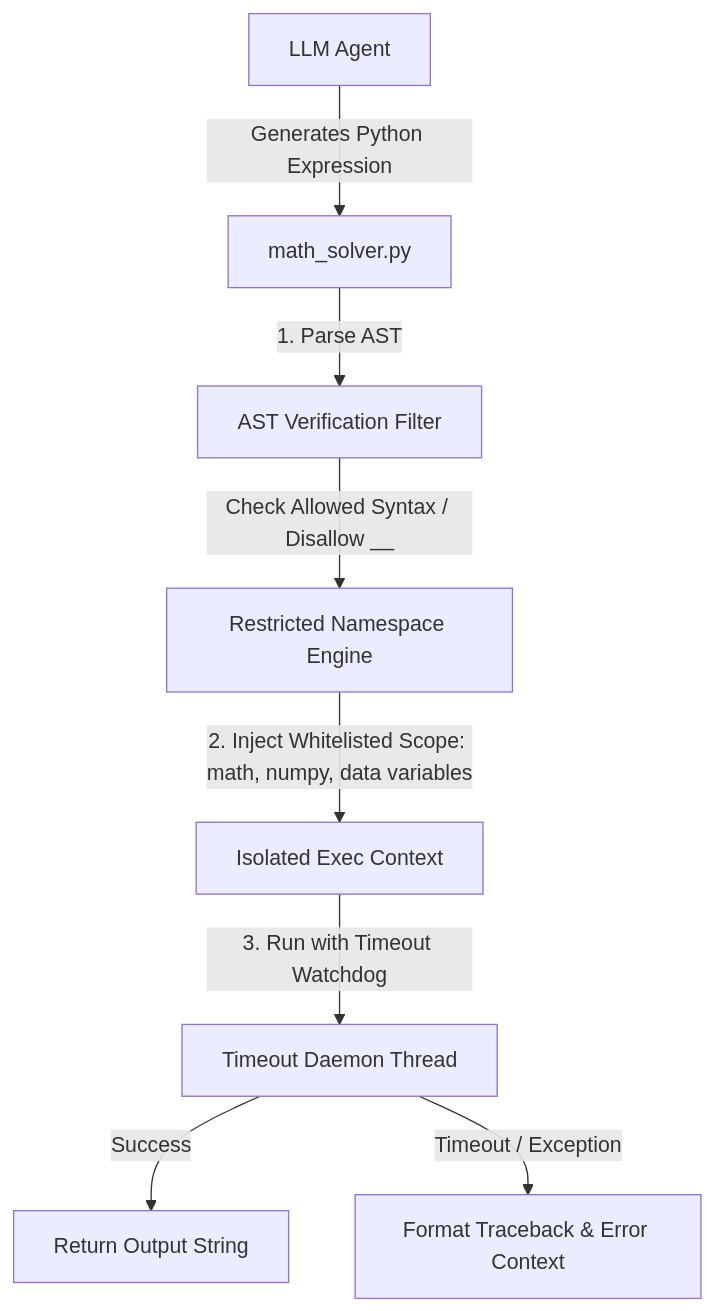
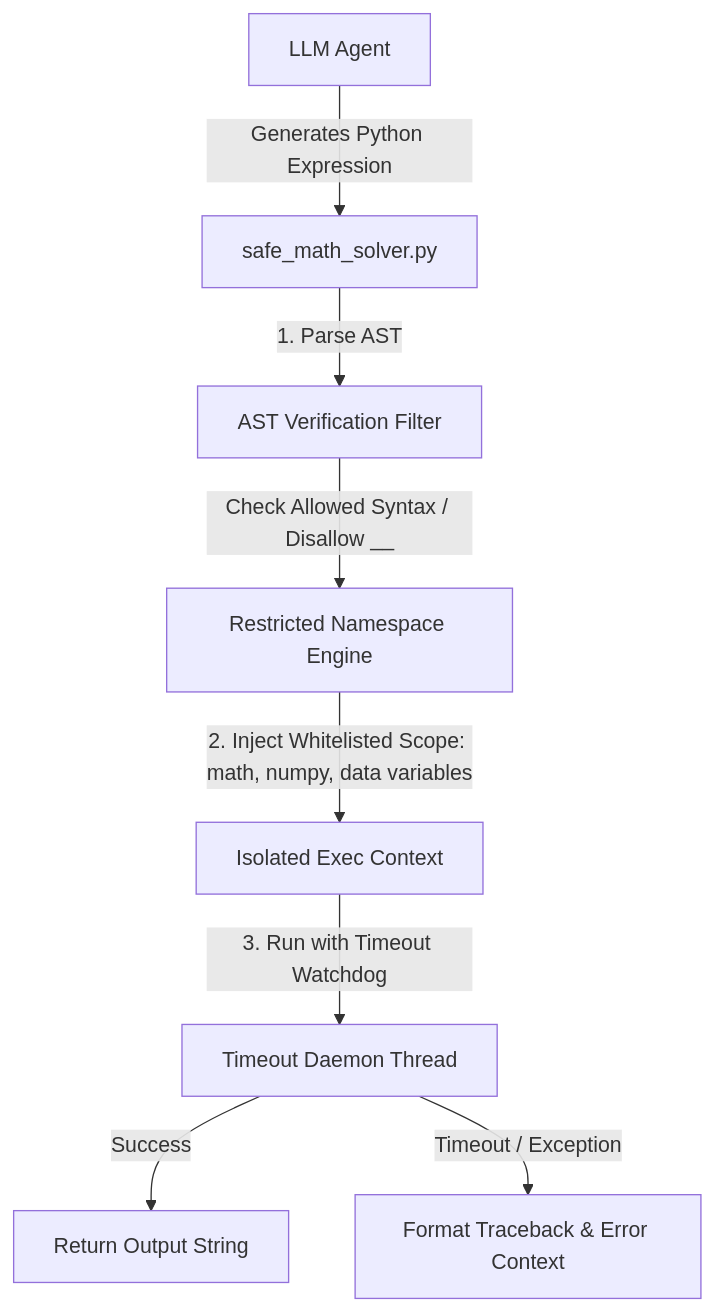
The third of 3 diagrams in docs/architecture.md (Ruinius/financial-analyst-cli), drawn with Mermaid before and after one commit. The commit also changed other lines of this file and 14 other files, not shown here.

Commit message:
Refactor: rename search modules and math/math_solver modules to improve architectural clarity

````diff
--- a/docs/architecture.md
+++ b/docs/architecture.md
@@ -202,10 +202,10 @@
 ```mermaid
 graph TD
-    LLM[LLM Agent] -->|Generates Python Expression| Solver[math_solver.py]
+    LLM[LLM Agent] -->|Generates Python Expression| Solver[safe_math_solver.py]
     Solver -->|1. Parse AST| ASTFilter[AST Verification Filter]
     ASTFilter -->|Check Allowed Syntax / Disallow __| ExecutionEngine[Restricted Namespace Engine]
     ExecutionEngine -->|2. Inject Whitelisted Scope: math, numpy, data variables| SandboxedRun[Isolated Exec Context]
     SandboxedRun -->|3. Run with Timeout Watchdog| Monitor[Timeout Daemon Thread]
     Monitor -->|Success| Output[Return Output String]
     Monitor -->|Timeout / Exception| Error[Format Traceback & Error Context]
 ```
````
